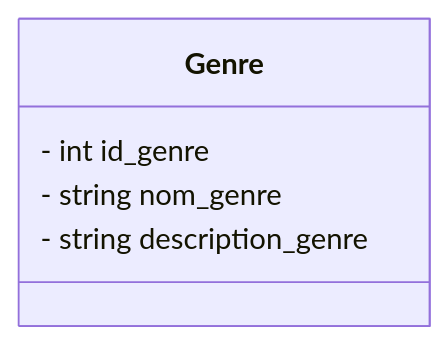
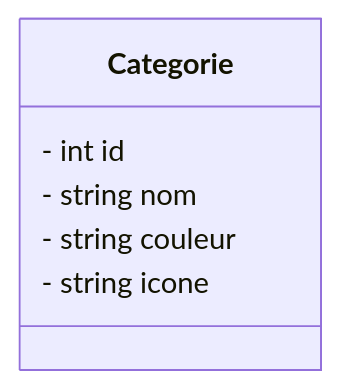
The diagram in Objets/intro-diagramme-classes-mermaid/diagramClass.mmd (MESBAHI-Nour/Mobile-tuto), drawn with Mermaid before and after one commit. The commit also changed 1 other file, not shown here.

```diff
--- a/Objets/intro-diagramme-classes-mermaid/diagramClass.mmd
+++ b/Objets/intro-diagramme-classes-mermaid/diagramClass.mmd
@@ -1,6 +1,7 @@
 classDiagram
-    class Genre{
-        - int id_genre
-        - string nom_genre
-        - string description_genre
+    class Categorie{
+        - int id
+        - string nom
+        - string couleur
+        - string icone
     }
```
